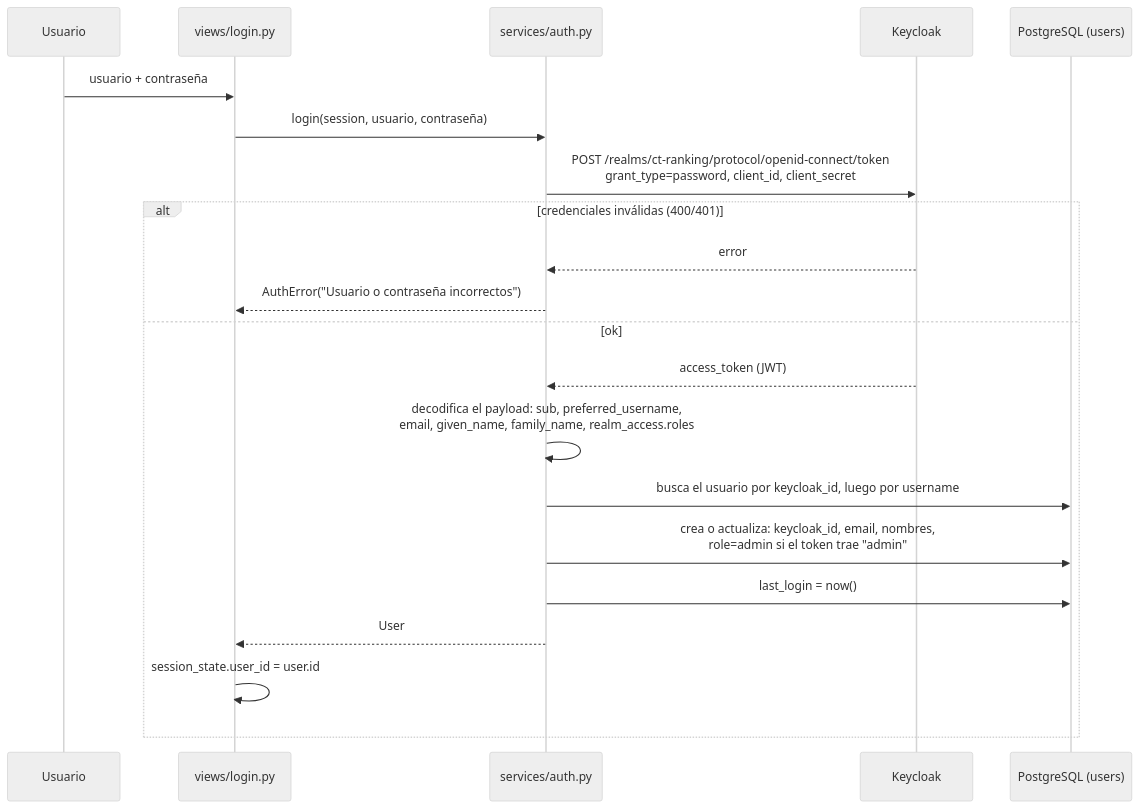
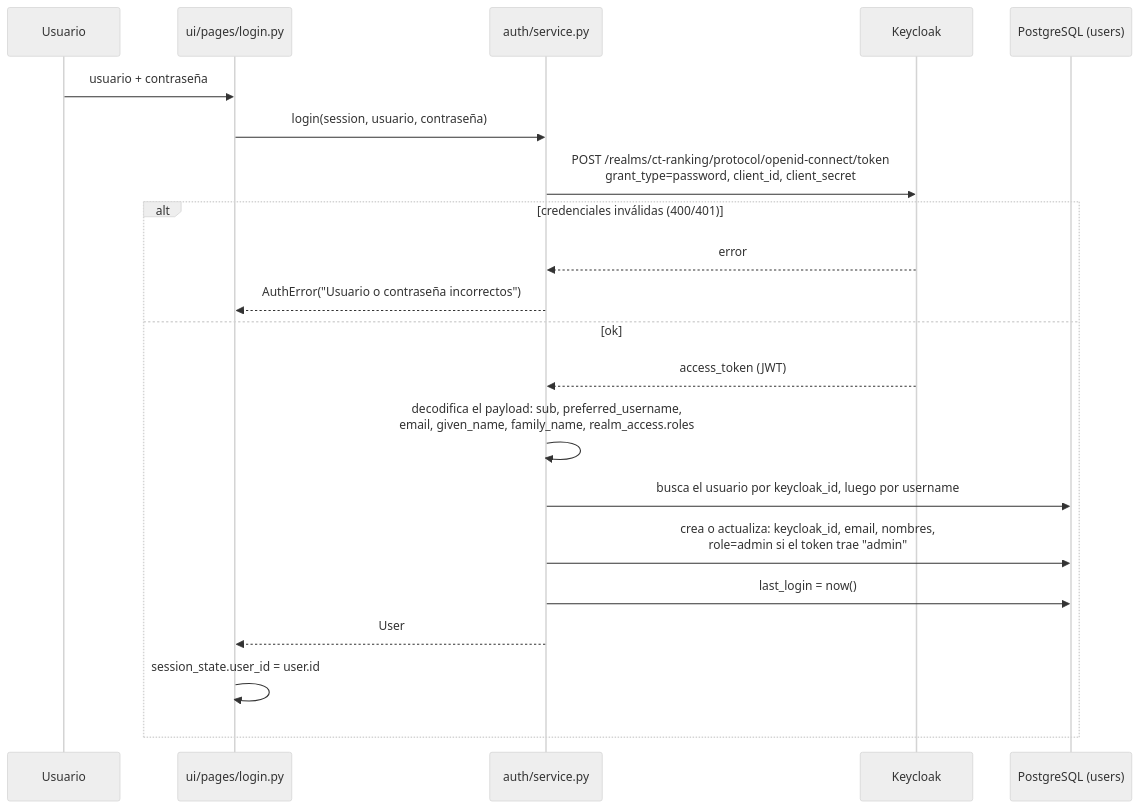
The diagram in docs/05-autenticacion.md (Jhoan-Dominguez/ct-ranking-platform), drawn with Mermaid (neutral theme) before and after one commit. The commit also changed other lines of this file and 3 other files, not shown here.

````diff
--- a/docs/05-autenticacion.md
+++ b/docs/05-autenticacion.md
@@ -58,24 +59,24 @@
 ```mermaid
 sequenceDiagram
     participant U as Usuario
-    participant L as views/login.py
-    participant A as services/auth.py
+    participant L as ui/pages/login.py
+    participant A as auth/service.py
     participant K as Keycloak
     participant DB as PostgreSQL (users)
 
     U->>L: usuario + contraseña
     L->>A: login(session, usuario, contraseña)
     A->>K: POST /realms/ct-ranking/protocol/openid-connect/token<br/>grant_type=password, client_id, client_secret
     alt credenciales inválidas (400/401)
         K-->>A: error
         A-->>L: AuthError("Usuario o contraseña incorrectos")
     else ok
         K-->>A: access_token (JWT)
         A->>A: decodifica el payload: sub, preferred_username,<br/>email, given_name, family_name, realm_access.roles
         A->>DB: busca el usuario por keycloak_id, luego por username
         A->>DB: crea o actualiza: keycloak_id, email, nombres,<br/>role=admin si el token trae "admin"
         A->>DB: last_login = now()
         A-->>L: User
         L->>L: session_state.user_id = user.id
     end
 ```
````
